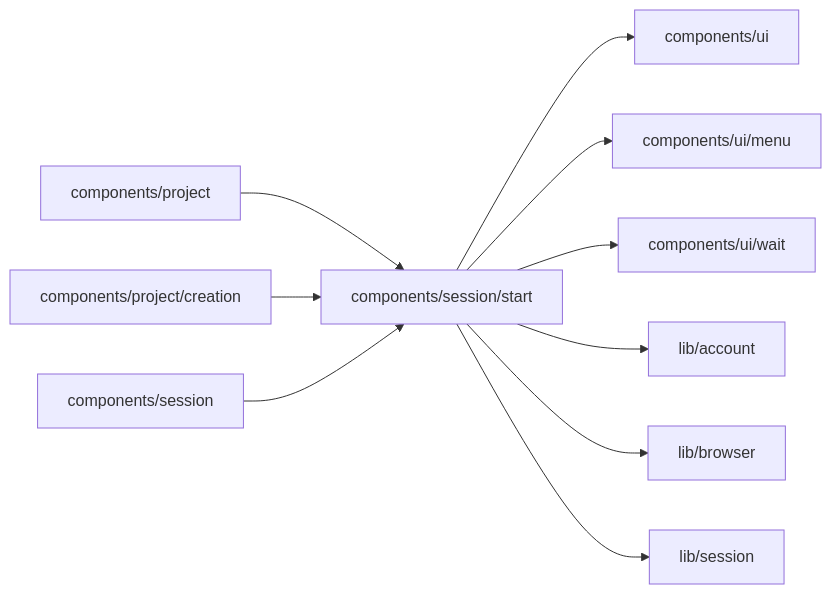
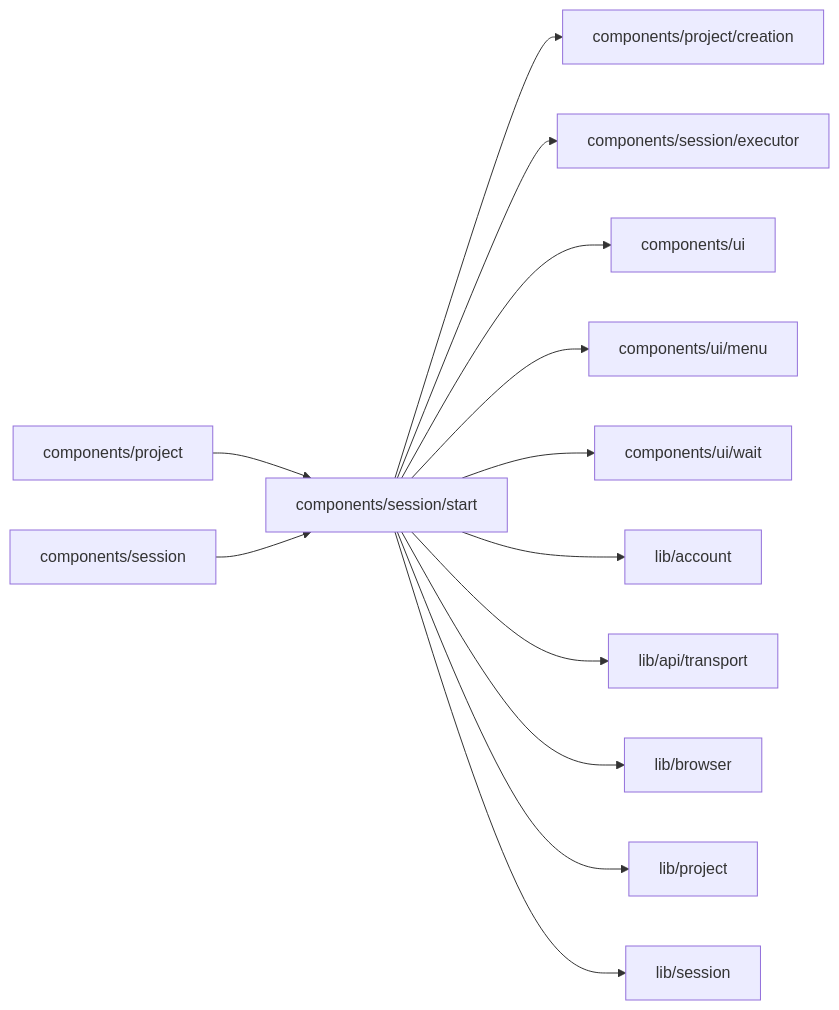
The diagram in web/studio/components/session/start/README.md (superdurable/superverse), drawn with Mermaid before and after one commit. The commit also changed other lines of this file and 31 other files, not shown here.

````diff
--- a/web/studio/components/session/start/README.md
+++ b/web/studio/components/session/start/README.md
@@ -10,13 +10,16 @@
 ```mermaid
 flowchart LR
   self["components/session/start"]
   c0["components/project"] --> self
-  c1["components/project/creation"] --> self
-  c2["components/session"] --> self
-  self --> d0["components/ui"]
-  self --> d1["components/ui/menu"]
-  self --> d2["components/ui/wait"]
-  self --> d3["lib/account"]
-  self --> d4["lib/browser"]
-  self --> d5["lib/session"]
+  c1["components/session"] --> self
+  self --> d0["components/project/creation"]
+  self --> d1["components/session/executor"]
+  self --> d2["components/ui"]
+  self --> d3["components/ui/menu"]
+  self --> d4["components/ui/wait"]
+  self --> d5["lib/account"]
+  self --> d6["lib/api/transport"]
+  self --> d7["lib/browser"]
+  self --> d8["lib/project"]
+  self --> d9["lib/session"]
 ```
````
